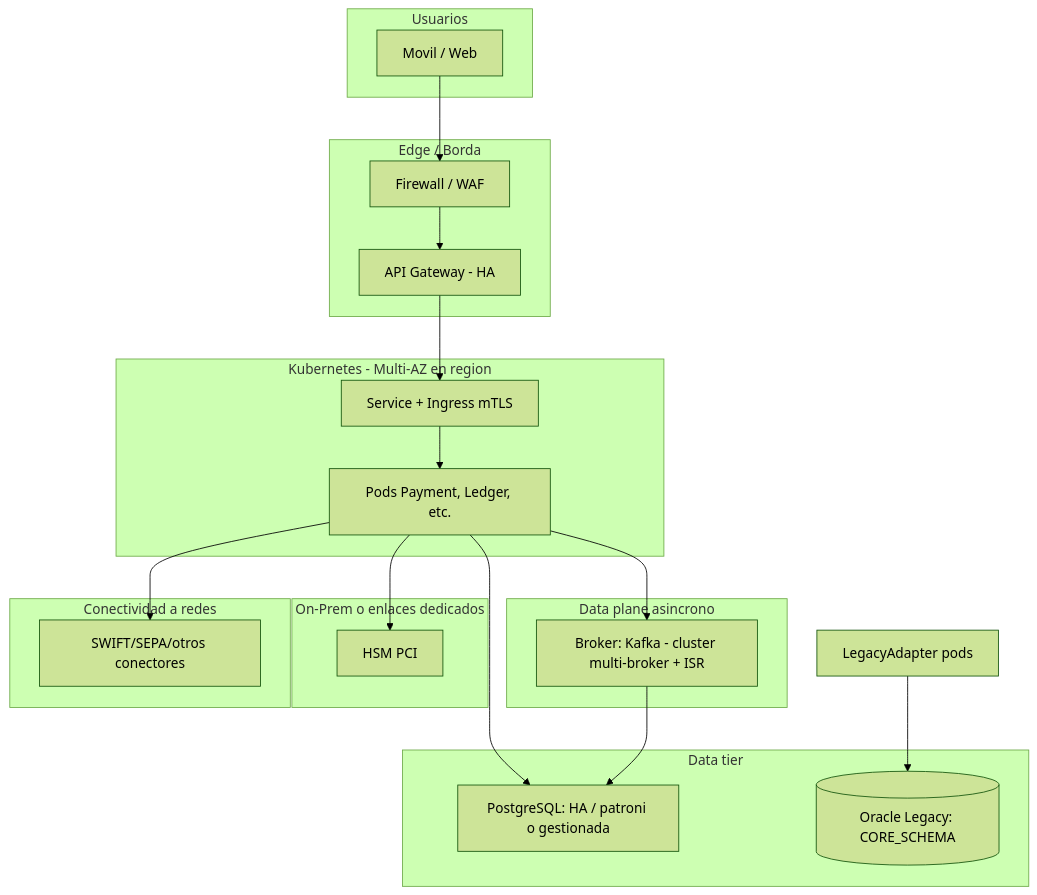
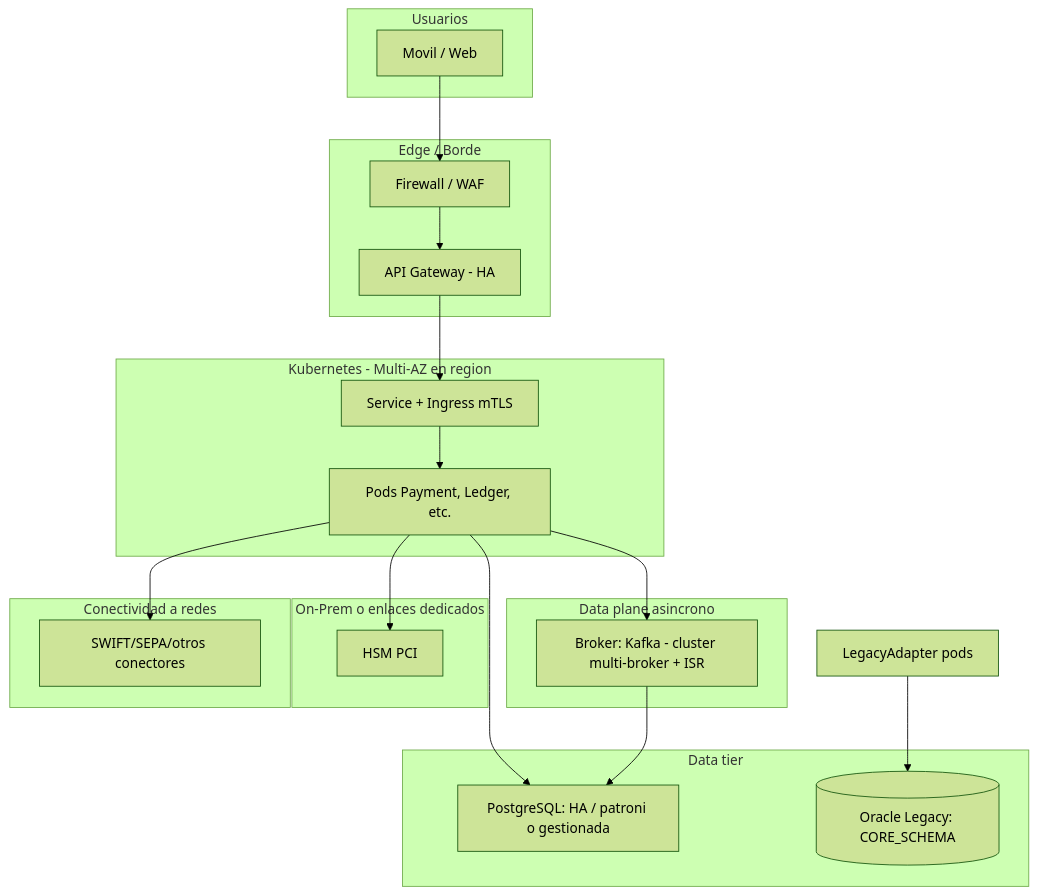
The fourth of 9 diagrams in Etapa3_Diseno_tecnico.md (jersonf2x/kata-architecture), drawn with Mermaid (forest theme) before and after one commit. The commit also changed other lines of this file and 6 other files, not shown here.

````diff
--- a/Etapa3_Diseno_tecnico.md
+++ b/Etapa3_Diseno_tecnico.md
@@ -126,34 +128,34 @@
 ```mermaid
 flowchart TB
     subgraph u["Usuarios"]
         M[Movil / Web]
     end
-    subgraph edge[Edge / Borda]
+    subgraph edge[Edge / Borde]
         W[Firewall / WAF]
         AG[API Gateway - HA]
     end
     subgraph k8s[Kubernetes - Multi-AZ en region]
         P[Pods Payment, Ledger, etc.]
         SVC[Service + Ingress mTLS]
     end
     subgraph dpa[Data plane asincrono]
         K[Broker: Kafka - cluster multi-broker + ISR]
     end
     subgraph data[Data tier]
         PG[PostgreSQL: HA / patroni o gestionada]
         ORA[(Oracle Legacy: CORE_SCHEMA)]
     end
     subgraph hibrido[On-Prem o enlaces dedicados]
         HSM[HSM PCI]
     end
     subgraph extSist[Conectividad a redes]
         R1[SWIFT/SEPA/otros conectores]
     end
     M --> W --> AG --> SVC --> P
     P --> K
     P --> PG
     P --> R1
     L[LegacyAdapter pods] --> ORA
     P --> HSM
     K --> PG
 ```
````
